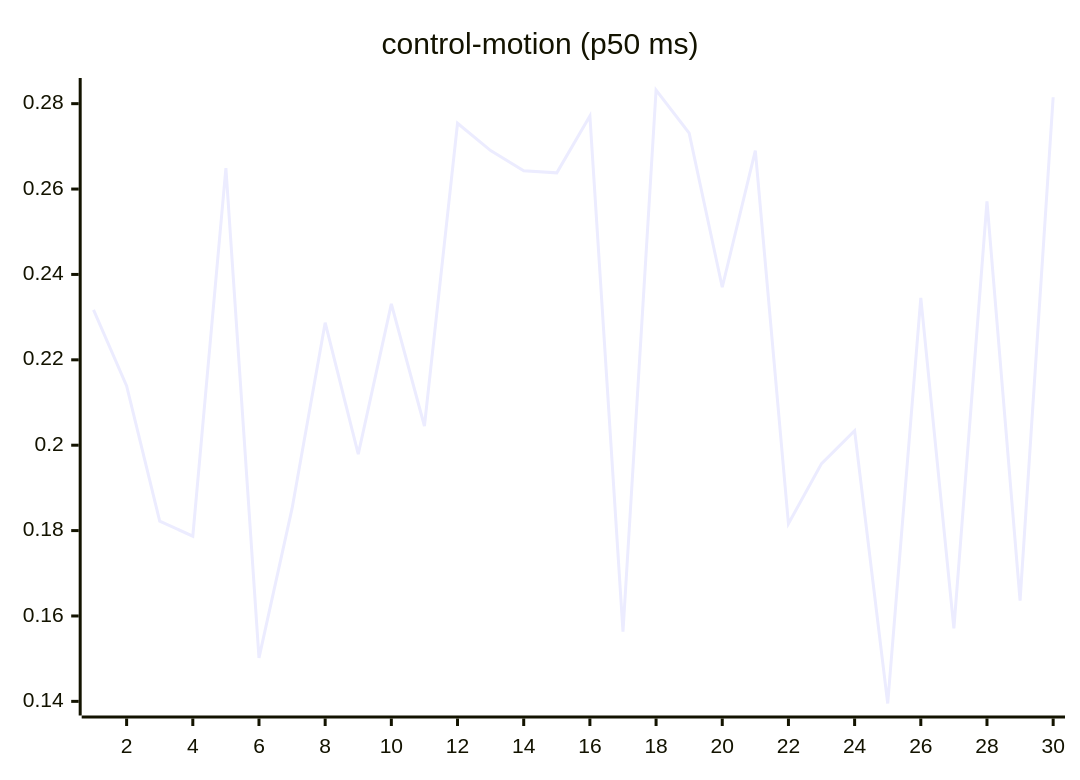
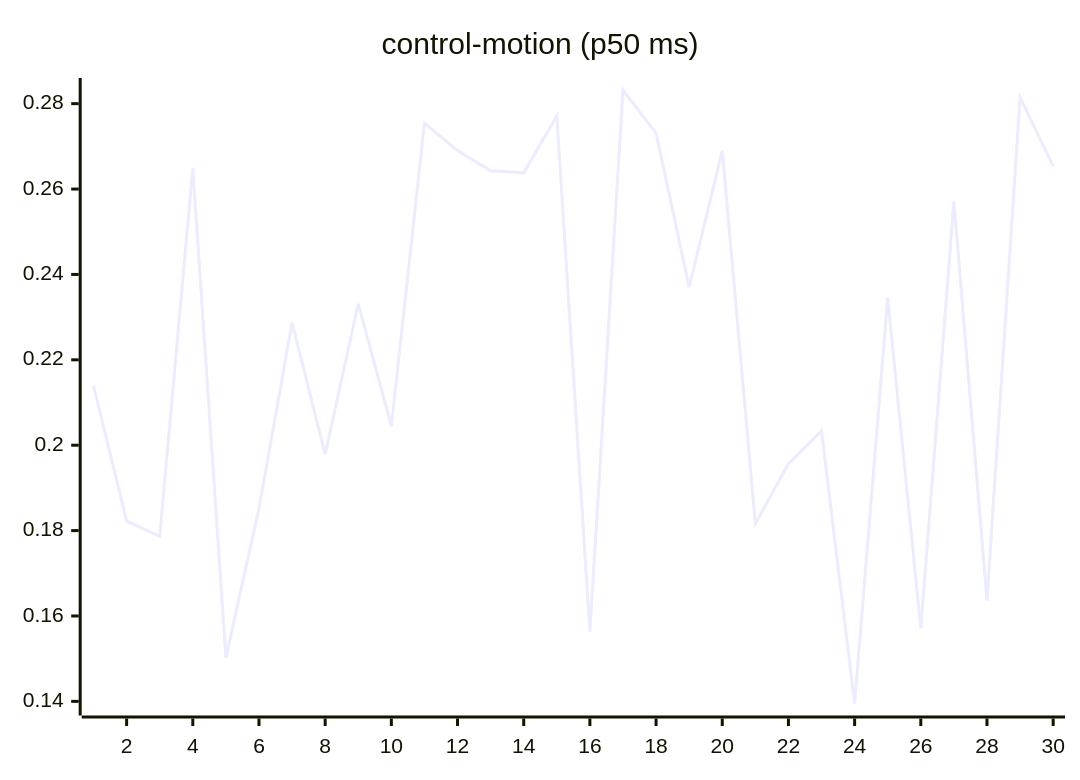
One commit to josha/Facet changed the seventh of 27 diagrams in README.md. Above: the diagram before and after it, drawn with Mermaid. The commit also changed other lines of this file and 2 other files, not shown here.

````diff
--- a/README.md
+++ b/README.md
@@ -105,6 +105,6 @@
 ```mermaid
 xychart-beta
     title "control-motion (p50 ms)"
     x-axis 1 --> 30
-    line [0.2317, 0.2139, 0.1822, 0.1787, 0.2649, 0.1502, 0.1852, 0.2287, 0.1979, 0.2331, 0.2045, 0.2754, 0.2690, 0.2643, 0.2638, 0.2771, 0.1563, 0.2832, 0.2731, 0.2370, 0.2690, 0.1816, 0.1957, 0.2034, 0.1395, 0.2345, 0.1571, 0.2571, 0.1636, 0.2815]
+    line [0.2139, 0.1822, 0.1787, 0.2649, 0.1502, 0.1852, 0.2287, 0.1979, 0.2331, 0.2045, 0.2754, 0.2690, 0.2643, 0.2638, 0.2771, 0.1563, 0.2832, 0.2731, 0.2370, 0.2690, 0.1816, 0.1957, 0.2034, 0.1395, 0.2345, 0.1571, 0.2571, 0.1636, 0.2815, 0.2653]
 ```
````
